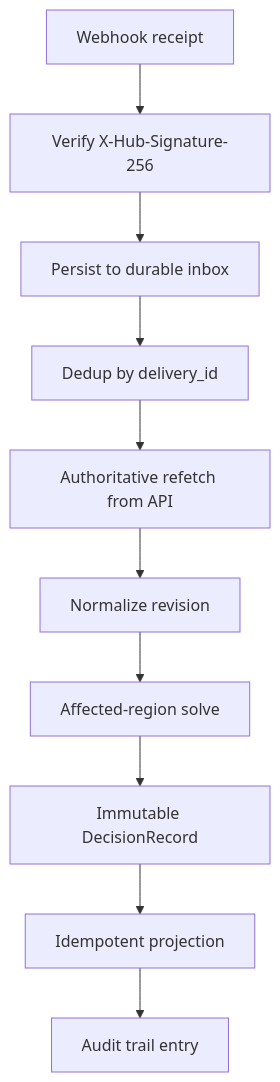
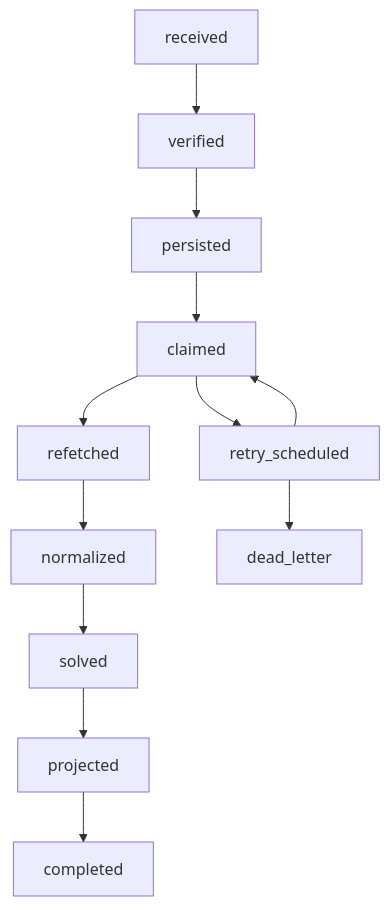
The first of 2 diagrams in docs/integrations/GITHUB.md (maemreyo/work-frontier), drawn with Mermaid before and after one commit. The commit also changed other lines of this file and 101 other files, not shown here.

````diff
--- a/docs/integrations/GITHUB.md
+++ b/docs/integrations/GITHUB.md
@@ -156,15 +156,18 @@
 ```mermaid
 flowchart TB
-    Receipt["Webhook receipt"]
-    Verify["Verify X-Hub-Signature-256"]
-    Persist["Persist to durable inbox"]
-    Dedup["Dedup by delivery_id"]
-    Refetch["Authoritative refetch from API"]
-    Normalize["Normalize revision"]
-    Solve["Affected-region solve"]
-    DecisionRecord["Immutable DecisionRecord"]
-    Project["Idempotent projection"]
-    Audit["Audit trail entry"]
+    Receipt["received"]
+    Verify["verified"]
+    Persist["persisted"]
+    Claim["claimed"]
+    Refetch["refetched"]
+    Normalize["normalized"]
+    Solve["solved"]
+    Project["projected"]
+    Complete["completed"]
+    Retry["retry_scheduled"]
+    Dead["dead_letter"]
 
-    Receipt --> Verify --> Persist --> Dedup --> Refetch --> Normalize --> Solve --> DecisionRecord --> Project --> Audit
+    Receipt --> Verify --> Persist --> Claim --> Refetch --> Normalize --> Solve --> Project --> Complete
+    Claim --> Retry --> Claim
+    Retry --> Dead
 ```
````
